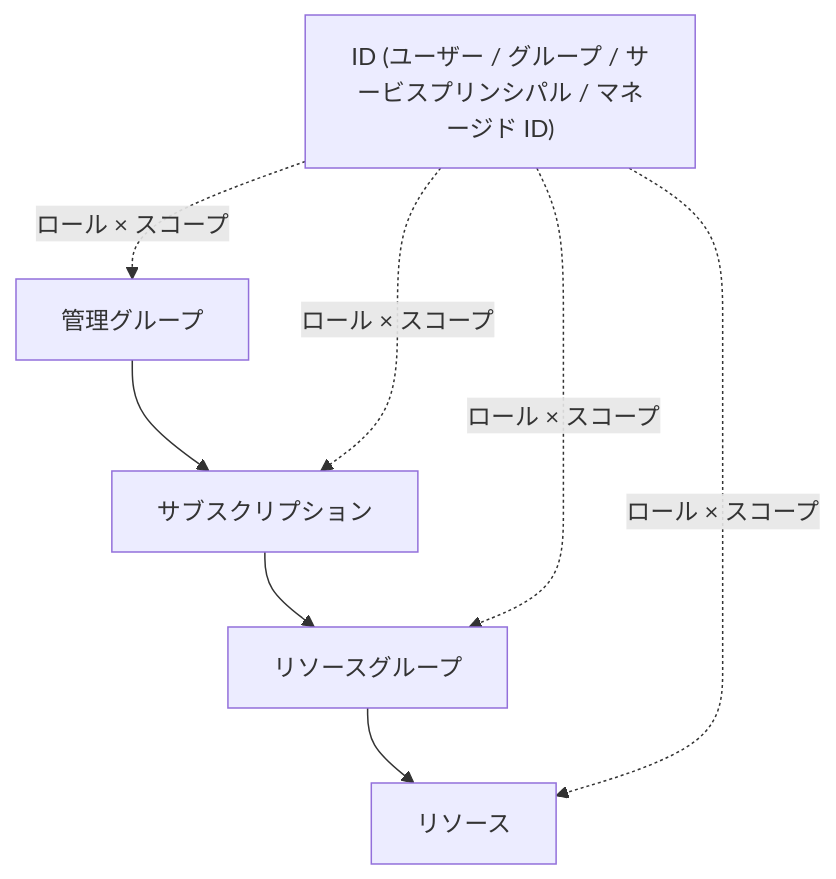
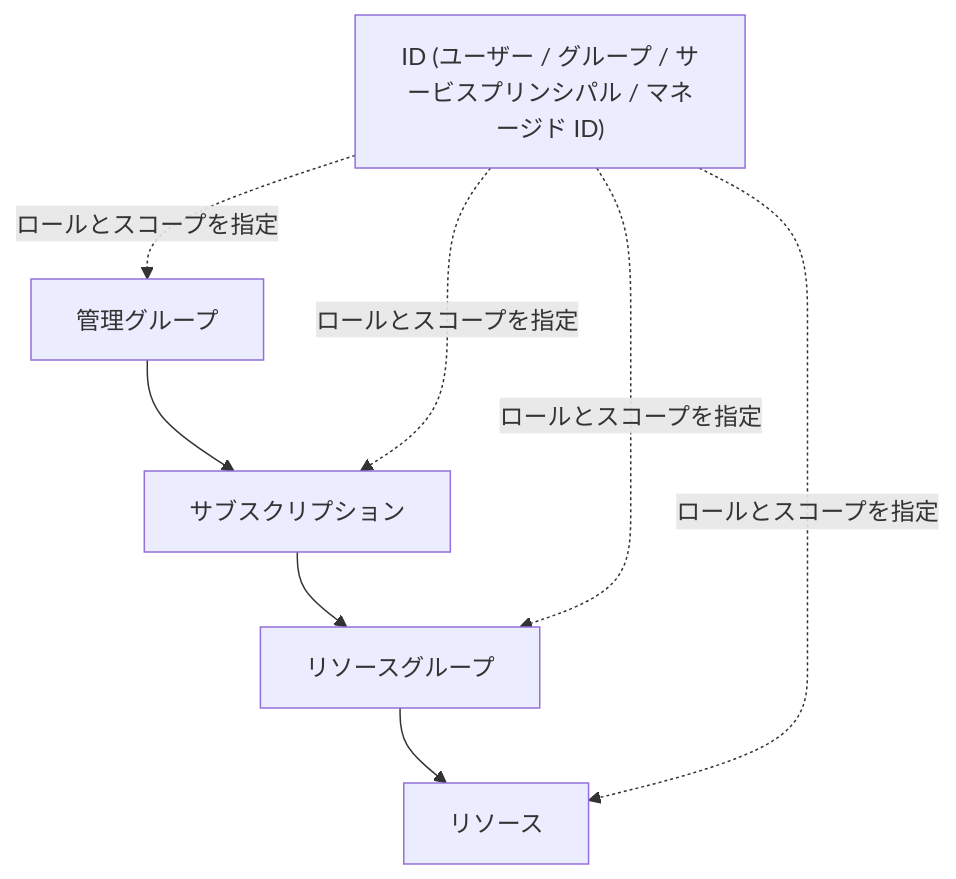
One commit to engineers-hub-ltd-in-house-project/azure-practice changed the diagram in manuscript/part2/06-rbac.md. Above: the diagram before and after it, drawn with Mermaid. The commit also changed other lines of this file and 2 other files, not shown here.

````diff
--- a/manuscript/part2/06-rbac.md
+++ b/manuscript/part2/06-rbac.md
@@ -45,11 +45,11 @@
 ```mermaid
 flowchart TB
   MG["管理グループ"] --> SUB["サブスクリプション"]
   SUB --> RG["リソースグループ"]
   RG --> RES["リソース"]
   ID["ID (ユーザー / グループ / サービスプリンシパル / マネージド ID)"]
-  ID -.->|"ロール × スコープ"| MG
-  ID -.->|"ロール × スコープ"| SUB
-  ID -.->|"ロール × スコープ"| RG
-  ID -.->|"ロール × スコープ"| RES
+  ID -.->|"ロールとスコープを指定"| MG
+  ID -.->|"ロールとスコープを指定"| SUB
+  ID -.->|"ロールとスコープを指定"| RG
+  ID -.->|"ロールとスコープを指定"| RES
 ```
````
